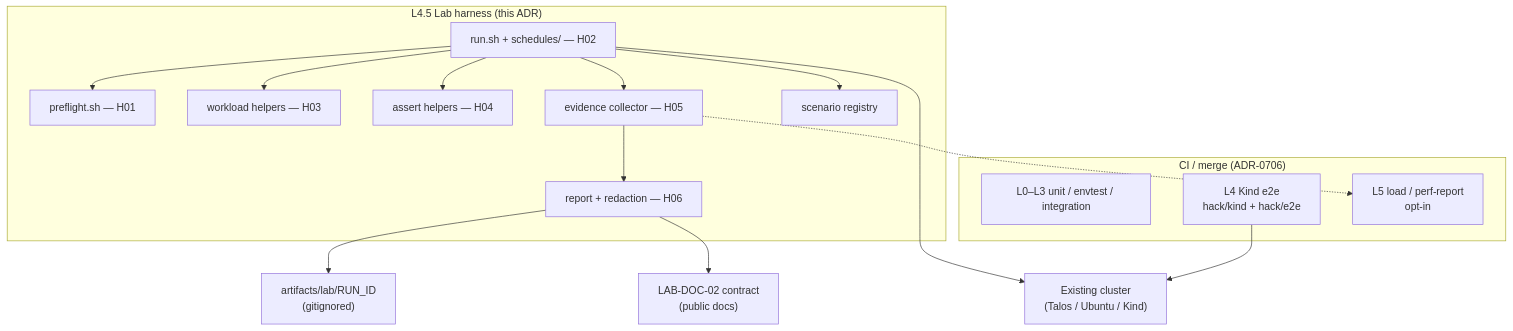
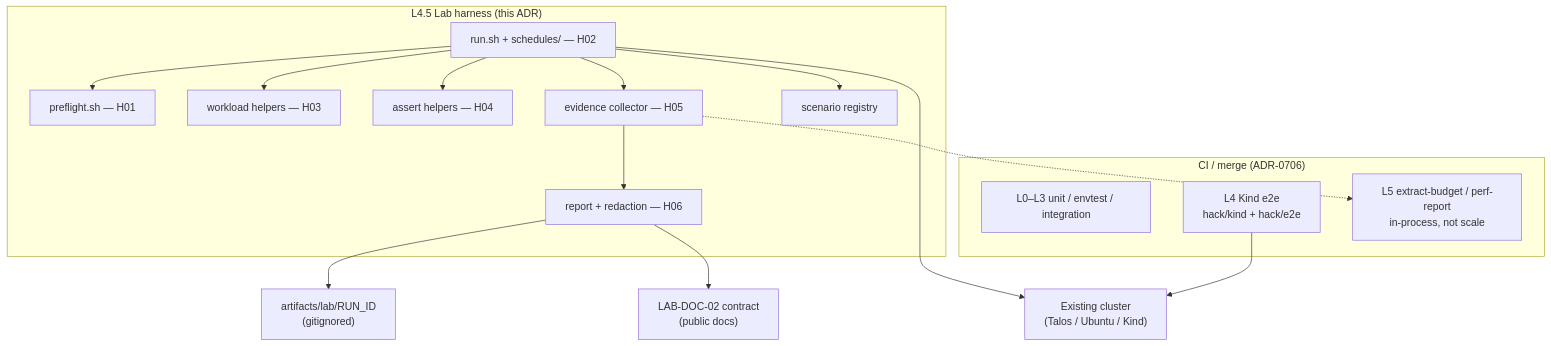
Before and after one commit to PlatformRelay/Kollect: the diagram in docs/adr/0707-lab-harness.md, drawn with Mermaid. The commit also changed other lines of this file and 17 other files, not shown here.

````diff
--- a/docs/adr/0707-lab-harness.md
+++ b/docs/adr/0707-lab-harness.md
@@ -136,34 +136,34 @@
 ```mermaid
 flowchart TB
   subgraph ci ["CI / merge (ADR-0706)"]
     l0l3["L0–L3 unit / envtest / integration"]
     l4["L4 Kind e2e<br/>hack/kind + hack/e2e"]
-    l5["L5 load / perf-report<br/>opt-in"]
+    l5["L5 extract-budget / perf-report<br/>in-process, not scale"]
   end
 
   subgraph lab ["L4.5 Lab harness (this ADR)"]
     pre["preflight.sh — H01"]
     run["run.sh + schedules/ — H02"]
     wl["workload helpers — H03"]
     assert["assert helpers — H04"]
     ev["evidence collector — H05"]
     rep["report + redaction — H06"]
     reg["scenario registry"]
   end
 
   cluster["Existing cluster<br/>(Talos / Ubuntu / Kind)"]
   art["artifacts/lab/RUN_ID<br/>(gitignored)"]
   doc02["LAB-DOC-02 contract<br/>(public docs)"]
 
   run --> pre
   run --> reg
   run --> wl
   run --> assert
   run --> ev
   ev --> rep
   run --> cluster
   rep --> art
   rep --> doc02
   l4 --> cluster
   ev -.-> l5
 ```
````
